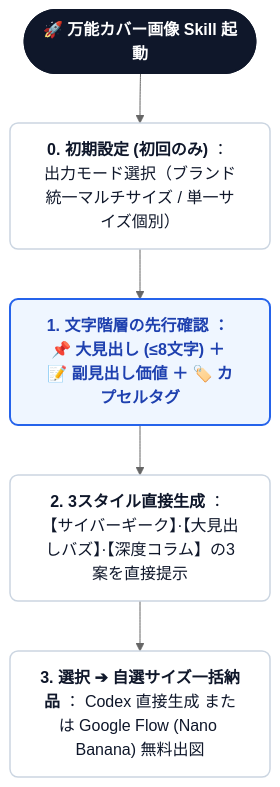
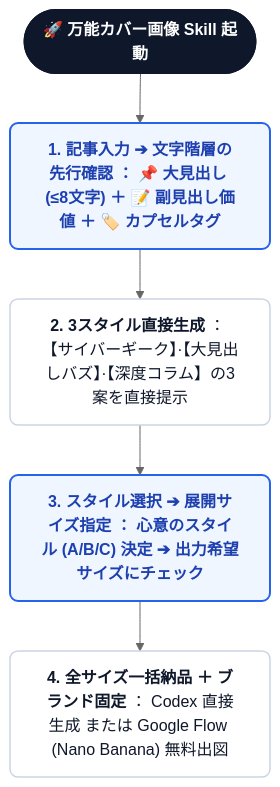
The first of 2 diagrams in README.ja.md (kaomei/cover-studio), drawn with Mermaid (neutral theme) before and after one commit. The commit also changed other lines of this file and 7 other files, not shown here.

Commit message:
fix(flow): adjust interaction pipeline to naturally present 3 styles first, then select platforms for multi-ratio batch export

````diff
--- a/README.ja.md
+++ b/README.ja.md
@@ -58,13 +57,13 @@
 ```mermaid
 flowchart TD
     classDef default fill:#ffffff,stroke:#e2e8f0,stroke-width:1.5px,color:#1e293b,rx:8px,ry:8px;
     classDef startNode fill:#0f172a,stroke:#0f172a,stroke-width:2px,color:#ffffff,font-weight:bold,rx:20px,ry:20px;
     classDef stepNode fill:#ffffff,stroke:#cbd5e1,stroke-width:1.5px,color:#0f172a,rx:8px,ry:8px;
     classDef highlightNode fill:#eff6ff,stroke:#2563eb,stroke-width:2px,color:#1e40af,font-weight:bold,rx:8px,ry:8px;
 
     A0(["🚀 万能カバー画像 Skill 起動"]):::startNode
-    --> A1["<b>0. 初期設定 (初回のみ)</b> ： 出力モード選択（ブランド統一マルチサイズ / 単一サイズ個別）"]:::stepNode
-    --> A2["<b>1. 文字階層の先行確認</b> ： 📌 大見出し (≤8文字) ＋ 📝 副見出し価値 ＋ 🏷️ カプセルタグ"]:::highlightNode
-    --> A3["<b>2. 3スタイル直接生成</b> ： 【サイバーギーク】·【大見出しバズ】·【深度コラム】の3案を直接提示"]:::stepNode
-    --> A4["<b>3. 選択 ➔ 自選サイズ一括納品</b> ： Codex 直接生成 または Google Flow (Nano Banana) 無料出図"]:::stepNode
+    --> A1["<b>1. 記事入力 ➔ 文字階層の先行確認</b> ： 📌 大見出し (≤8文字) ＋ 📝 副見出し価値 ＋ 🏷️ カプセルタグ"]:::highlightNode
+    --> A2["<b>2. 3スタイル直接生成</b> ： 【サイバーギーク】·【大見出しバズ】·【深度コラム】の3案を直接提示"]:::stepNode
+    --> A3["<b>3. スタイル選択 ➔ 展開サイズ指定</b> ： 心意のスタイル (A/B/C) 決定 ➔ 出力希望サイズにチェック"]:::highlightNode
+    --> A4["<b>4. 全サイズ一括納品 ＋ ブランド固定</b> ： Codex 直接生成 または Google Flow (Nano Banana) 無料出図"]:::stepNode
 ```
````
